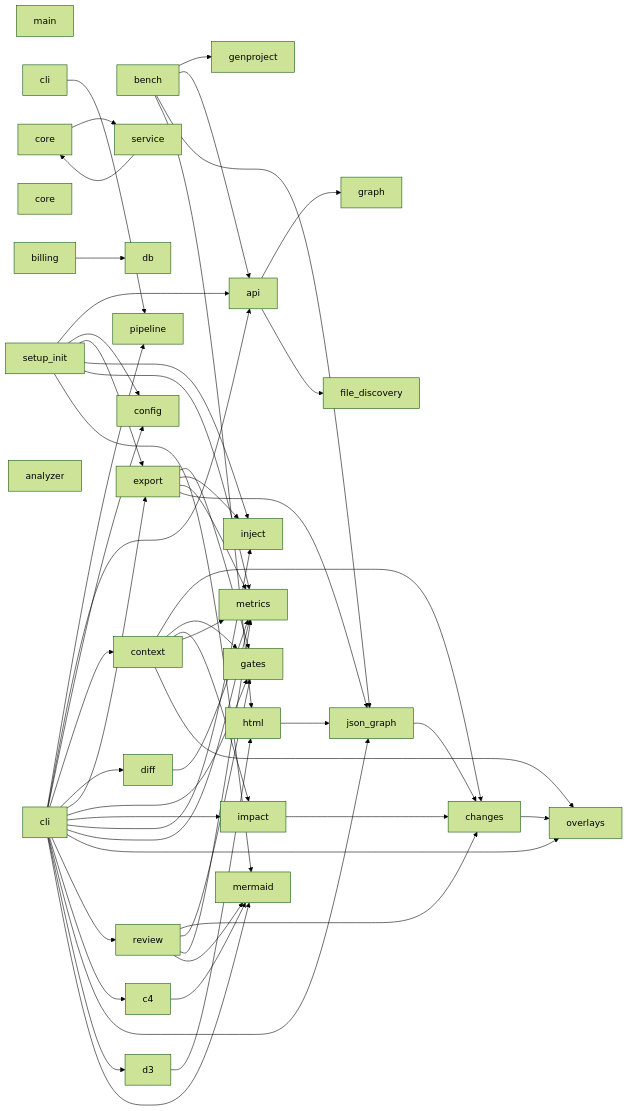
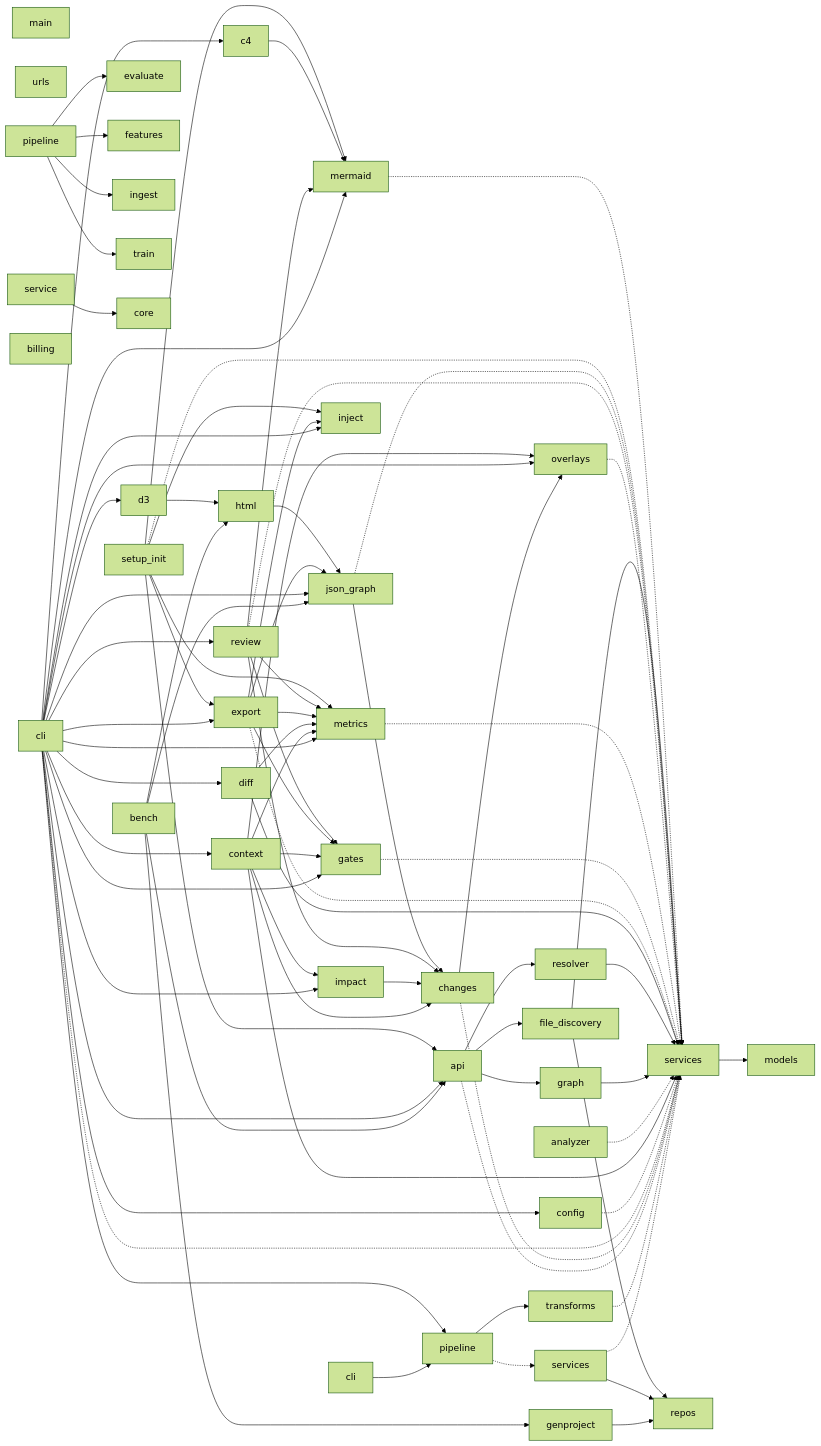
One commit to actions-marketplace-validations/haider1998_pyvisualizer changed the diagram in README.md. Above: the diagram before and after it, drawn with Mermaid (forest theme). The commit also changed other lines of this file, not shown here.

Commit message:
🗺️ Auto-update architecture diagram [skip ci]

````diff
--- a/README.md
+++ b/README.md
@@ -241,85 +241,123 @@
     g0["bench"]
     g1["genproject"]
     g2["main"]
-    g3["cli"]
-    g4["pipeline"]
-    g5["core"]
-    g6["service"]
-    g7["core"]
-    g8["billing"]
-    g9["db"]
-    g10["api"]
-    g11["changes"]
-    g12["cli"]
-    g13["config"]
-    g14["context"]
-    g15["analyzer"]
-    g16["graph"]
-    g17["diff"]
-    g18["export"]
-    g19["gates"]
-    g20["impact"]
-    g21["inject"]
-    g22["metrics"]
-    g23["overlays"]
-    g24["review"]
-    g25["c4"]
-    g26["json_graph"]
-    g27["setup_init"]
-    g28["file_discovery"]
-    g29["d3"]
-    g30["html"]
-    g31["mermaid"]
+    g3["models"]
+    g4["services"]
+    g5["urls"]
+    g6["repos"]
+    g7["services"]
+    g8["evaluate"]
+    g9["features"]
+    g10["ingest"]
+    g11["pipeline"]
+    g12["train"]
+    g13["cli"]
+    g14["pipeline"]
+    g15["transforms"]
+    g16["core"]
+    g17["service"]
+    g18["billing"]
+    g19["api"]
+    g20["changes"]
+    g21["cli"]
+    g22["config"]
+    g23["context"]
+    g24["analyzer"]
+    g25["graph"]
+    g26["resolver"]
+    g27["diff"]
+    g28["export"]
+    g29["gates"]
+    g30["impact"]
+    g31["inject"]
+    g32["metrics"]
+    g33["overlays"]
+    g34["review"]
+    g35["c4"]
+    g36["json_graph"]
+    g37["setup_init"]
+    g38["file_discovery"]
+    g39["d3"]
+    g40["html"]
+    g41["mermaid"]
     g0 --> g1
-    g0 --> g10
-    g0 --> g26
-    g0 --> g30
-    g3 --> g4
-    g5 --> g6
-    g6 --> g5
-    g8 --> g9
-    g10 --> g16
-    g10 --> g28
-    g11 --> g23
-    g12 --> g4
-    g12 --> g10
-    g12 --> g13
-    g12 --> g14
-    g12 --> g17
-    g12 --> g18
-    g12 --> g19
-    g12 --> g20
-    g12 --> g21
-    g12 --> g22
-    g12 --> g23
-    g12 --> g24
-    g12 --> g25
-    g12 --> g26
-    g12 --> g29
-    g12 --> g31
-    g14 --> g11
-    g14 --> g19
-    g14 --> g20
-    g14 --> g22
-    g14 --> g23
-    g17 --> g22
-    g18 --> g19
-    g18 --> g21
-    g18 --> g22
-    g18 --> g26
-    g20 --> g11
-    g24 --> g11
-    g24 --> g19
-    g24 --> g22
-    g24 --> g31
-    g25 --> g31
-    g26 --> g11
-    g27 --> g10
-    g27 --> g13
-    g27 --> g18
-    g27 --> g21
-    g27 --> g22
-    g27 --> g31
-    g29 --> g30
-    g30 --> g26
+    g0 --> g19
+    g0 --> g36
+    g0 --> g40
+    g1 --> g6
+    g4 --> g3
+    g7 -.-> g4
+    g7 --> g6
+    g11 --> g8
+    g11 --> g9
+    g11 --> g10
+    g11 --> g12
+    g13 --> g14
+    g14 -.-> g7
+    g14 --> g15
+    g15 -.-> g4
+    g17 --> g16
+    g19 -.-> g4
+    g19 --> g25
+    g19 --> g26
+    g19 --> g38
+    g20 -.-> g4
+    g20 --> g33
+    g21 -.-> g4
+    g21 --> g14
+    g21 --> g19
+    g21 --> g22
+    g21 --> g23
+    g21 --> g27
+    g21 --> g28
+    g21 --> g29
+    g21 --> g30
+    g21 --> g31
+    g21 --> g32
+    g21 --> g33
+    g21 --> g34
+    g21 --> g35
+    g21 --> g36
+    g21 --> g39
+    g21 --> g41
+    g22 -.-> g4
+    g23 --> g4
+    g23 --> g20
+    g23 --> g29
+    g23 --> g30
+    g23 --> g32
+    g23 --> g33
+    g24 -.-> g4
+    g25 --> g4
+    g26 --> g4
+    g27 --> g4
+    g27 --> g32
+    g28 -.-> g4
+    g28 --> g29
+    g28 --> g31
+    g28 --> g32
+    g28 --> g36
+    g29 -.-> g4
+    g30 --> g20
+    g32 -.-> g4
+    g33 -.-> g4
+    g34 -.-> g4
+    g34 --> g20
+    g34 --> g29
+    g34 --> g32
+    g34 --> g41
+    g35 --> g41
+    g36 -.-> g4
+    g36 --> g20
+    g37 -.-> g4
+    g37 --> g19
+    g37 --> g28
+    g37 --> g31
+    g37 --> g32
+    g37 --> g41
+    g38 --> g4
+    g38 --> g6
+    g39 --> g40
+    g40 --> g36
+    g41 -.-> g4
 ```
````
